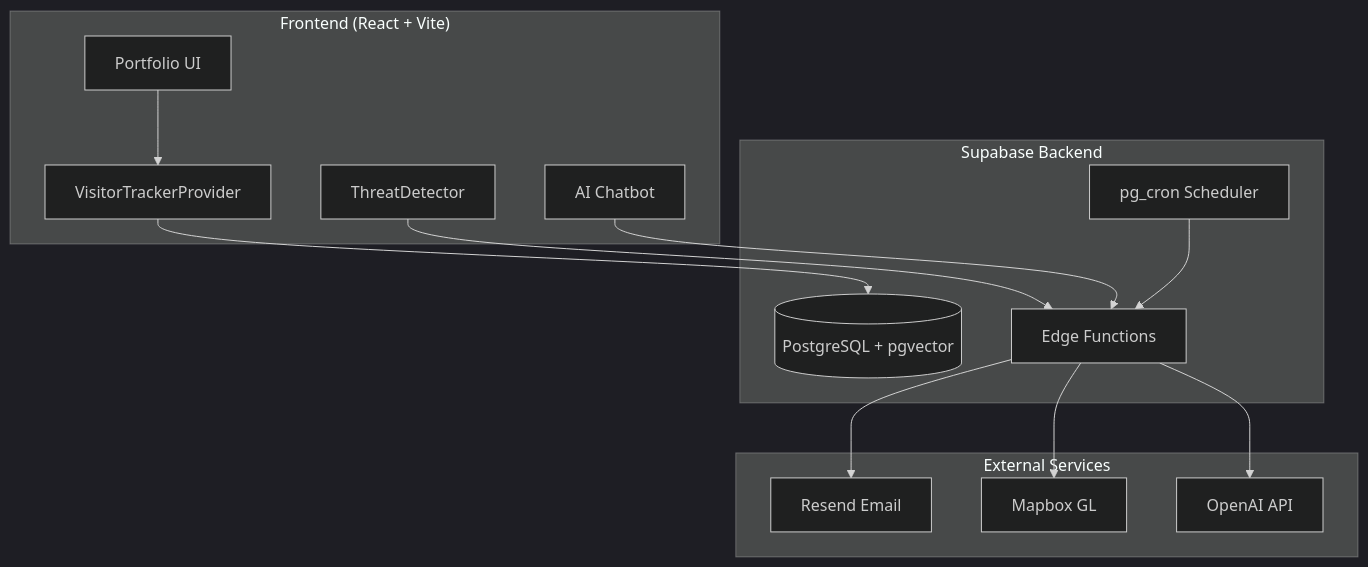
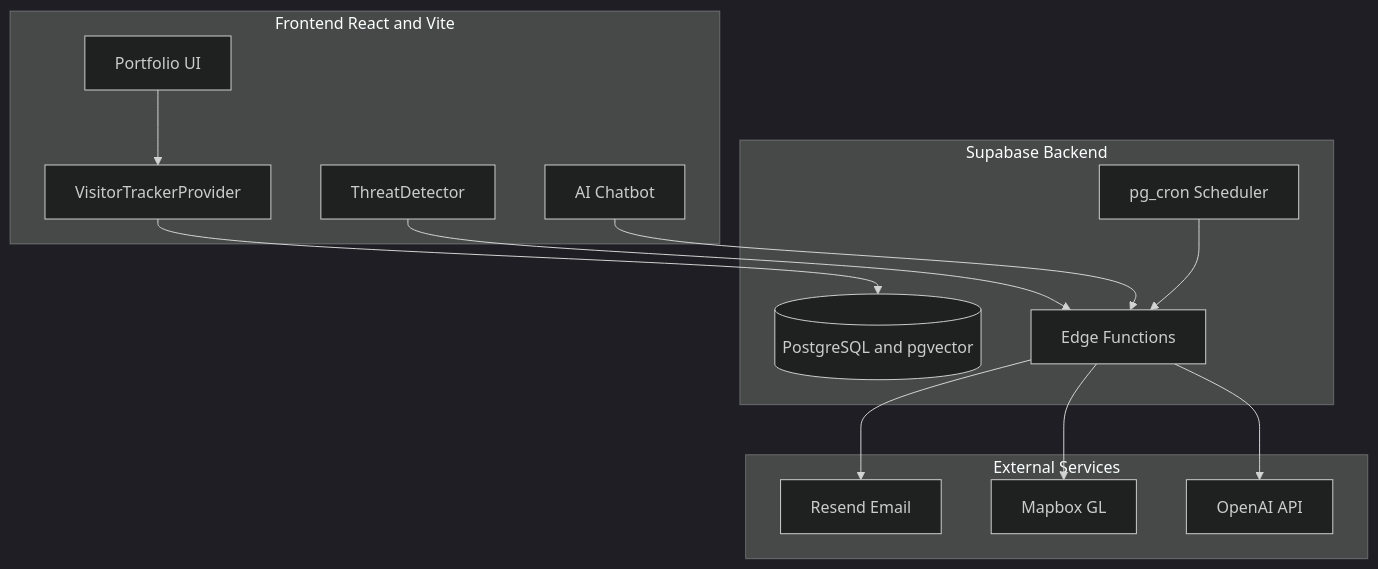
Before and after one commit to ritvikindupuri/ritvik-portfolio: the diagram in README.md, drawn with Mermaid (dark theme). The commit also changed 3 other files, not shown here.

````diff
--- a/README.md
+++ b/README.md
@@ -78,27 +78,27 @@
 ```mermaid
 flowchart TB
-    subgraph Frontend["Frontend (React + Vite)"]
+    subgraph Frontend["Frontend React and Vite"]
         UI[Portfolio UI]
         VTP[VisitorTrackerProvider]
         TD[ThreatDetector]
         CB[AI Chatbot]
     end
 
     subgraph Supabase["Supabase Backend"]
-        DB[(PostgreSQL + pgvector)]
+        DB[(PostgreSQL and pgvector)]
         EF[Edge Functions]
         CRON[pg_cron Scheduler]
     end
 
     subgraph External["External Services"]
         RS[Resend Email]
         MB[Mapbox GL]
         OAI[OpenAI API]
     end
 
     UI --> VTP --> DB
     TD --> EF --> RS
     CB --> EF --> OAI
     EF --> MB
     CRON --> EF
 ```
````
